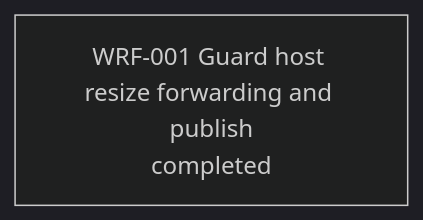
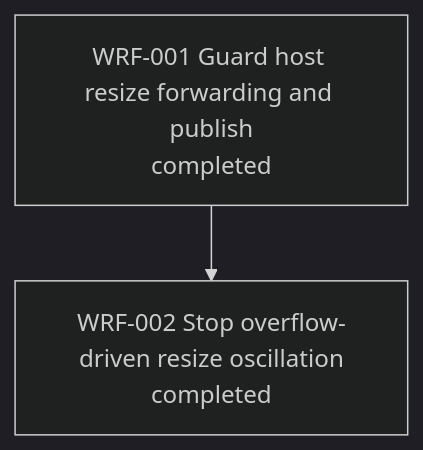
One commit to allenljf/algorithm-learning changed the ninth of 20 diagrams in agent-workflow/WORK_GRAPH.md. Above: the diagram before and after it, drawn with Mermaid (dark theme). The commit also changed other lines of this file and 20 other files, not shown here.

````diff
--- a/agent-workflow/WORK_GRAPH.md
+++ b/agent-workflow/WORK_GRAPH.md
@@ -67,4 +86,7 @@
 ```mermaid
 flowchart TD
   F1[WRF-001 Guard host resize forwarding and publish\ncompleted]
+  F2[WRF-002 Stop overflow-driven resize oscillation\ncompleted]
+
+  F1 --> F2
 ```
````
